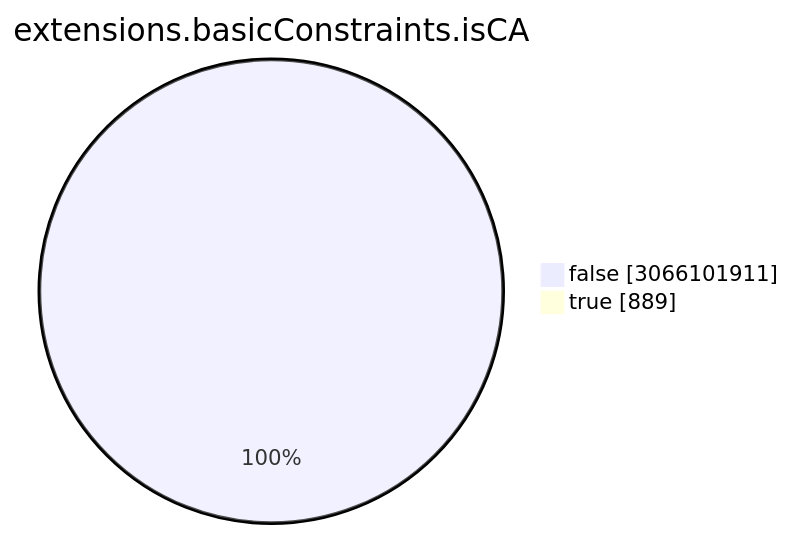
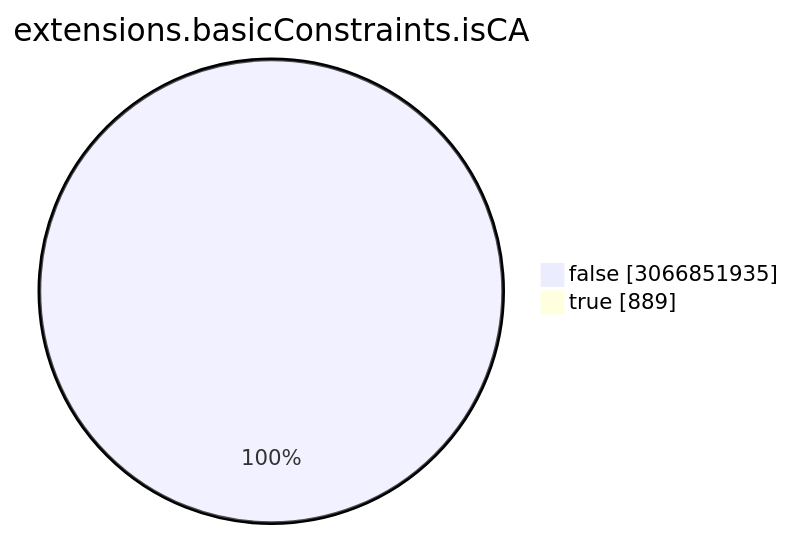
One commit to christiankrug/ctmonitor_visualization changed the seventh of 15 diagrams in TOTAL/README.md. Above: the diagram before and after it, drawn with Mermaid. The commit also changed other lines of this file, not shown here.

````diff
--- a/TOTAL/README.md
+++ b/TOTAL/README.md
@@ -3086,6 +3086,6 @@
 ```mermaid
 pie showData
 title extensions.basicConstraints.isCA
-"false" :3066101911
+"false" :3066851935
 "true" :889
 ```
````
